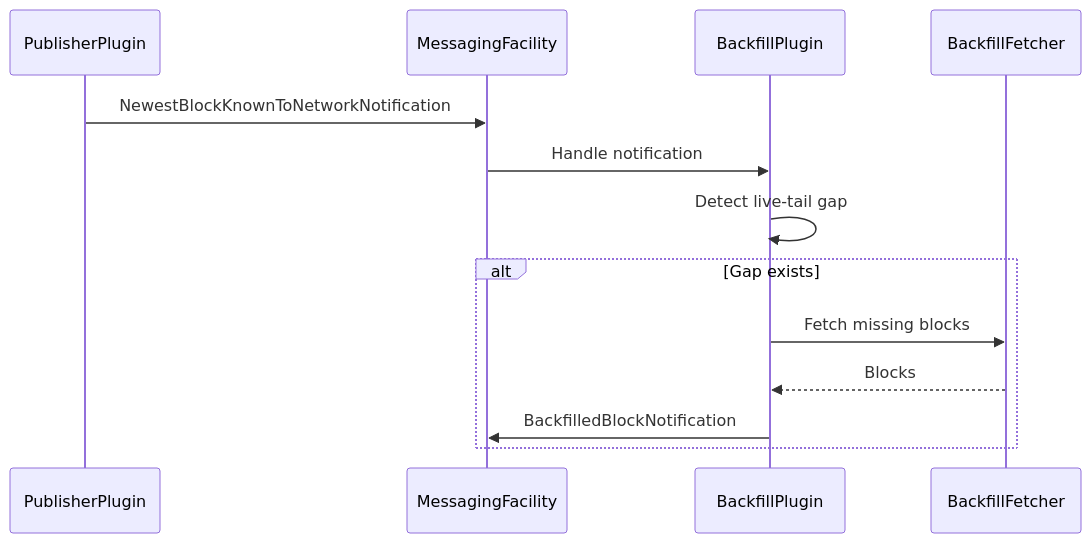
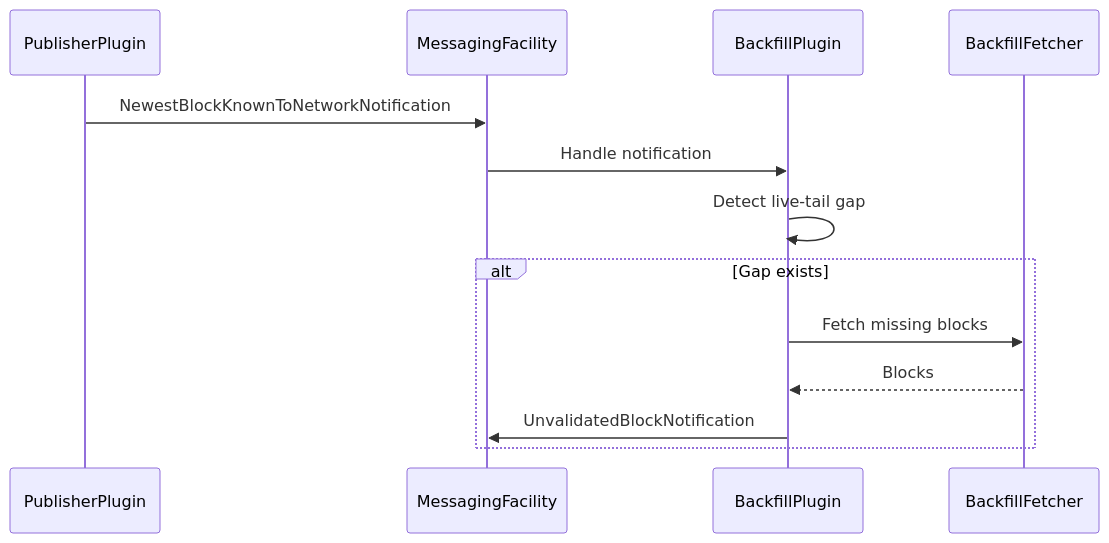
One commit to hiero-ledger/hiero-block-node changed the third of 4 diagrams in docs/design/backfill-plugin.md. Above: the diagram before and after it, drawn with Mermaid. The commit also changed other lines of this file and 26 other files, not shown here.

Commit message:
4122 Rename the backfilled block notification to a source agnostic unvalidated block notification

````diff
--- a/docs/design/backfill-plugin.md
+++ b/docs/design/backfill-plugin.md
@@ -213,16 +213,16 @@
 ```mermaid
 sequenceDiagram
     participant Pub as PublisherPlugin
     participant MF as MessagingFacility
     participant BP as BackfillPlugin
     participant Fetcher as BackfillFetcher
 
     Pub->>MF: NewestBlockKnownToNetworkNotification
     MF->>BP: Handle notification
     BP->>BP: Detect live-tail gap
     alt Gap exists
         BP->>Fetcher: Fetch missing blocks
         Fetcher-->>BP: Blocks
-        BP->>MF: BackfilledBlockNotification
+        BP->>MF: UnvalidatedBlockNotification
     end
 ```
````
